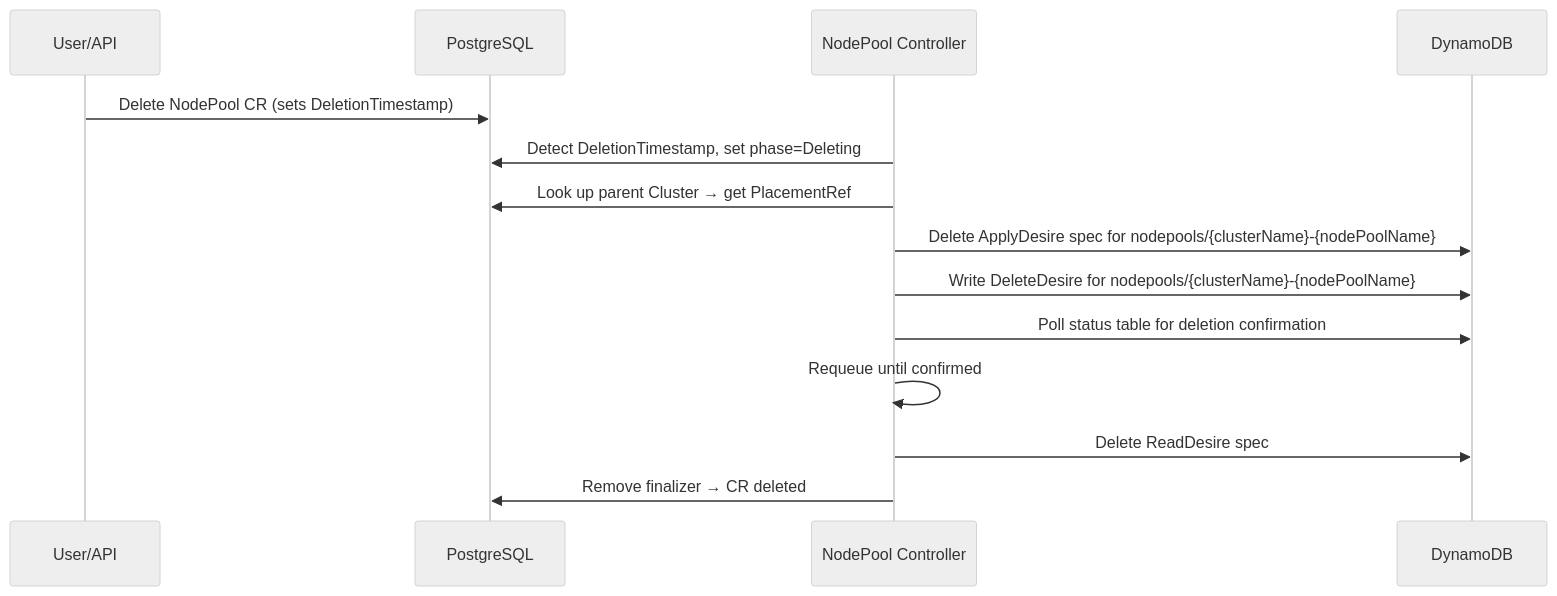
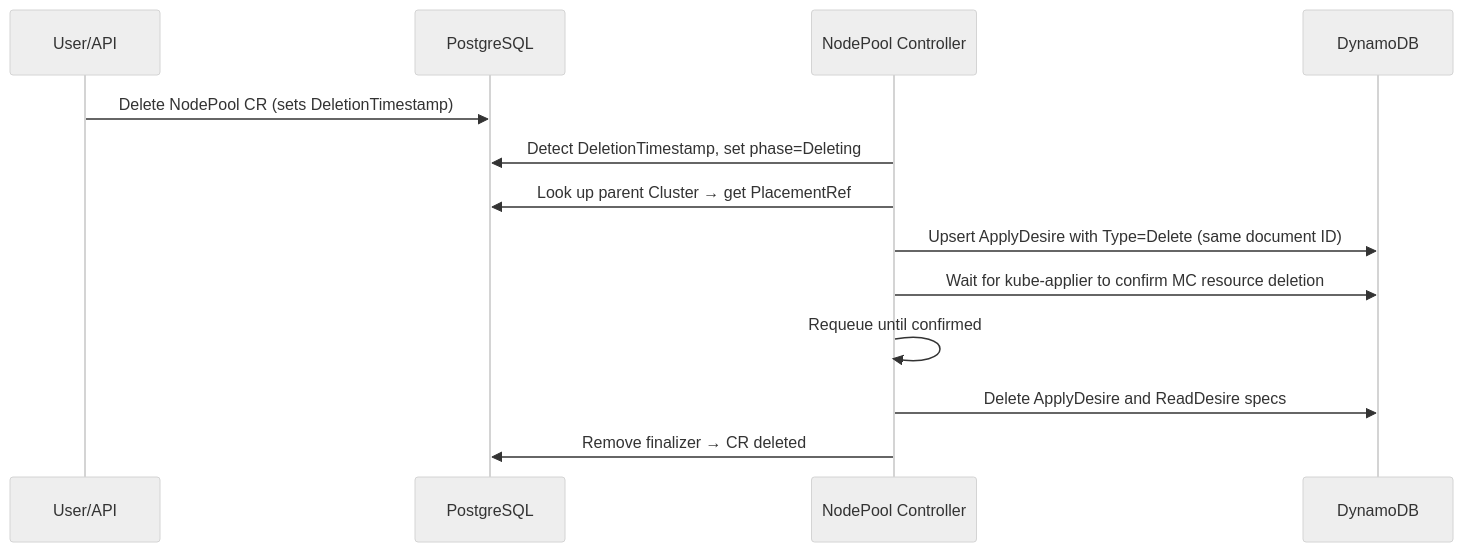
Before and after one commit to Alcamech/rosa-hyperfleet-api: the second of 2 diagrams in hyperfleet-operator/docs/nodepool-controller.md, drawn with Mermaid (neutral theme). The commit also changed other lines of this file and 4 other files, not shown here.

````diff
--- a/hyperfleet-operator/docs/nodepool-controller.md
+++ b/hyperfleet-operator/docs/nodepool-controller.md
@@ -57,17 +57,16 @@
 ```mermaid
 sequenceDiagram
     participant User as User/API
     participant PG as PostgreSQL
     participant NPC as NodePool Controller
     participant DDB as DynamoDB
 
     User->>PG: Delete NodePool CR (sets DeletionTimestamp)
     NPC->>PG: Detect DeletionTimestamp, set phase=Deleting
     NPC->>PG: Look up parent Cluster → get PlacementRef
-    NPC->>DDB: Delete ApplyDesire spec for nodepools/{clusterName}-{nodePoolName}
-    NPC->>DDB: Write DeleteDesire for nodepools/{clusterName}-{nodePoolName}
-    NPC->>DDB: Poll status table for deletion confirmation
+    NPC->>DDB: Upsert ApplyDesire with Type=Delete (same document ID)
+    NPC->>DDB: Wait for kube-applier to confirm MC resource deletion
     NPC->>NPC: Requeue until confirmed
-    NPC->>DDB: Delete ReadDesire spec
+    NPC->>DDB: Delete ApplyDesire and ReadDesire specs
     NPC->>PG: Remove finalizer → CR deleted
 ```
````
